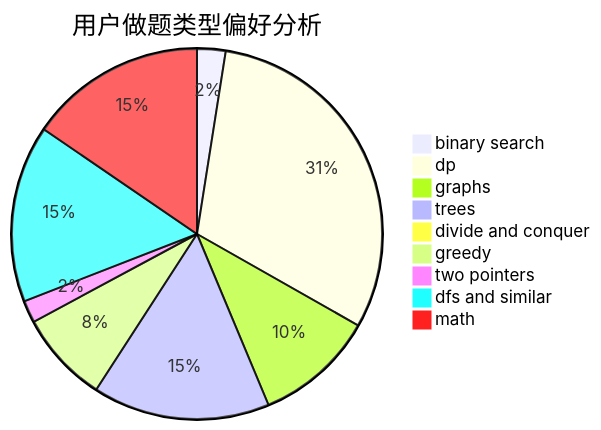
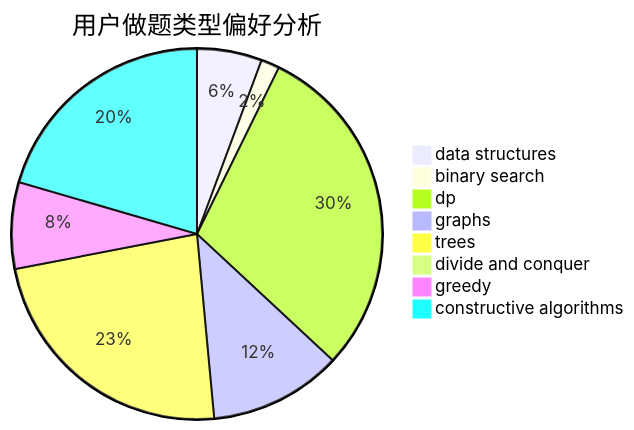
The second of 3 diagrams in docs/user/u1146.md (sherpahu/cfrs.github.io), drawn with Mermaid before and after one commit. The commit also changed other lines of this file and 2775 other files, not shown here.

````diff
--- a/docs/user/u1146.md
+++ b/docs/user/u1146.md
@@ -23,12 +23,11 @@
 ```mermaid
 pie title 用户做题类型偏好分析
-    "binary search" :  14
-    "dp" :  173
-    "graphs" :  59
+    "data structures" :  21
+    "binary search" :  6
+    "dp" :  110
+    "graphs" :  43
     "trees" :  87
-    "divide and conquer" :  1
-    "greedy" :  45
-    "two pointers" :  11
-    "dfs and similar" :  87
-    "math" :  87
+    "divide and conquer" :  0
+    "greedy" :  28
+    "constructive algorithms" :  76
 ```
````
